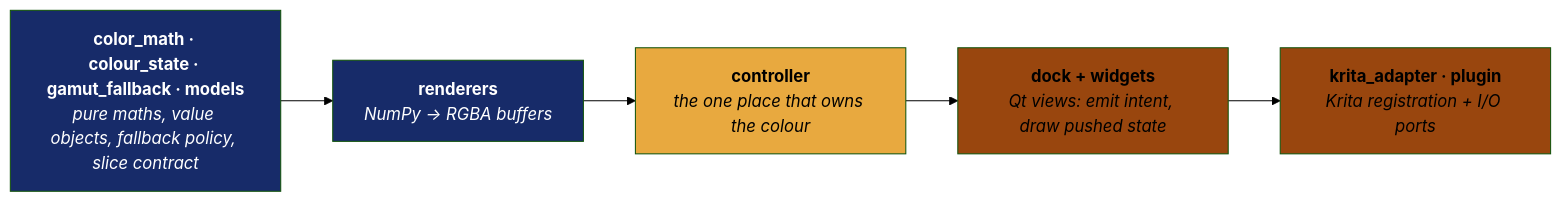
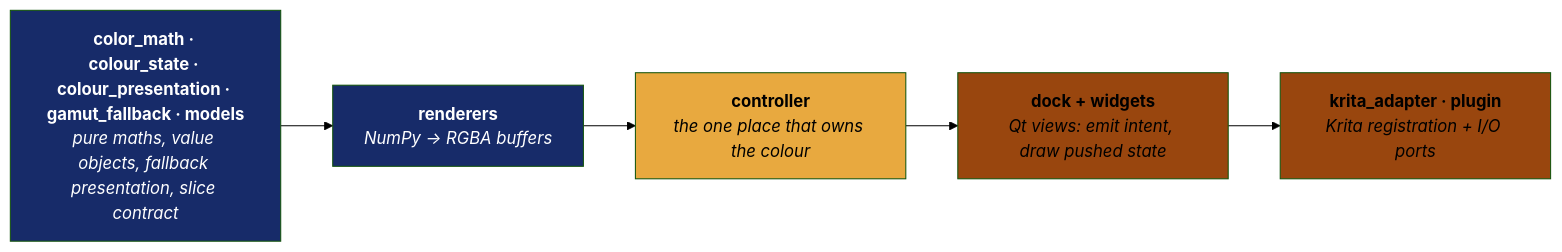
One commit to gibapiu/oklab_colour_picker_krita changed the first of 5 diagrams in docs/architecture.md. Above: the diagram before and after it, drawn with Mermaid (forest theme). The commit also changed other lines of this file and 18 other files, not shown here.

Commit message:
refactor colour flow between pure abstract layer and UX presentation layer

````diff
--- a/docs/architecture.md
+++ b/docs/architecture.md
@@ -24,14 +24,14 @@
 ```mermaid
 flowchart LR
-    A["<b>color_math · colour_state · gamut_fallback · models</b><br/><i>pure maths, value objects, fallback policy, slice contract</i>"]
+    A["<b>color_math · colour_state · colour_presentation · gamut_fallback · models</b><br/><i>pure maths, value objects, fallback presentation, slice contract</i>"]
     B["<b>renderers</b><br/><i>NumPy → RGBA buffers</i>"]
     C["<b>controller</b><br/><i>the one place that owns the colour</i>"]
     D["<b>dock + widgets</b><br/><i>Qt views: emit intent, draw pushed state</i>"]
     E["<b>krita_adapter · plugin</b><br/><i>Krita registration + I/O ports</i>"]
     A --> B --> C --> D --> E
     style A fill:#172b69, color: #ffffff
     style B fill:#172b69, color: #ffffff
     style C fill:#e8a93f, color: #000000
     style D fill:#99460e, color: #000000
     style E fill:#99460e, color: #000000
 ```
````
